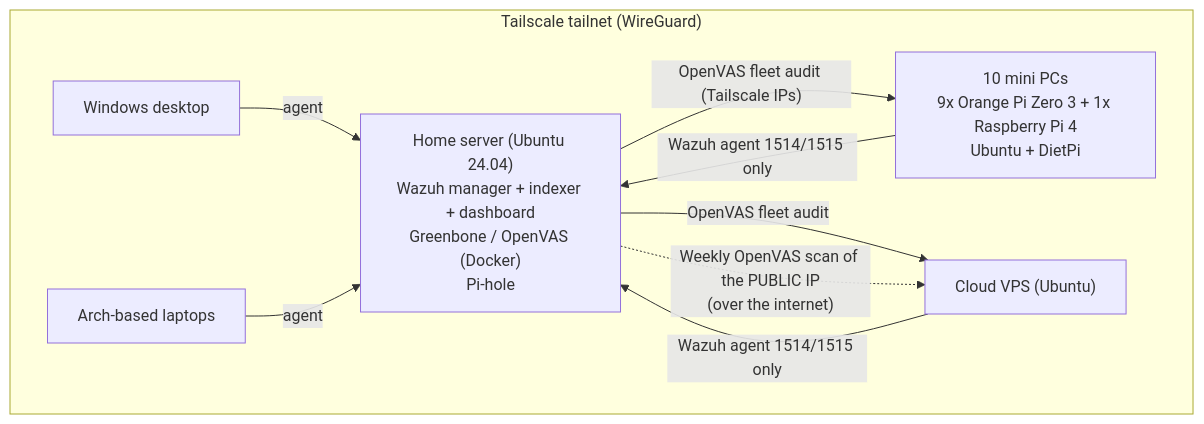
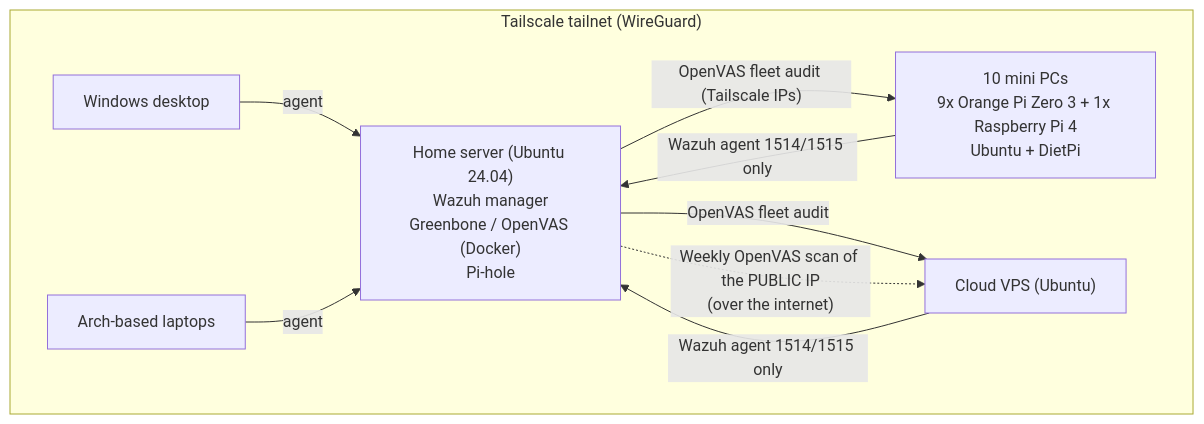
The diagram in README.md (Yel1oww/homelab-soc), drawn with Mermaid before and after one commit.

````diff
--- a/README.md
+++ b/README.md
@@ -14,18 +14,18 @@
 ```mermaid
 flowchart LR
     subgraph Tailnet["Tailscale tailnet (WireGuard)"]
         direction LR
-        X["Home server (Ubuntu 24.04)<br/>Wazuh manager + indexer + dashboard<br/>Greenbone / OpenVAS (Docker)<br/>Pi-hole"]
+        X["Home server (Ubuntu 24.04)<br/>Wazuh manager<br/>Greenbone / OpenVAS (Docker)<br/>Pi-hole"]
         M["10 mini PCs<br/>9x Orange Pi Zero 3 + 1x Raspberry Pi 4<br/>Ubuntu + DietPi"]
         V["Cloud VPS (Ubuntu)"]
         W["Windows desktop"]
         L["Arch-based laptops"]
     end
     M -- "Wazuh agent 1514/1515 only" --> X
     V -- "Wazuh agent 1514/1515 only" --> X
     W -- agent --> X
     L -- agent --> X
     X -- "OpenVAS fleet audit (Tailscale IPs)" --> M
     X -- "OpenVAS fleet audit" --> V
     X -. "Weekly OpenVAS scan of the PUBLIC IP<br/>(over the internet)" .-> V
 ```
````
